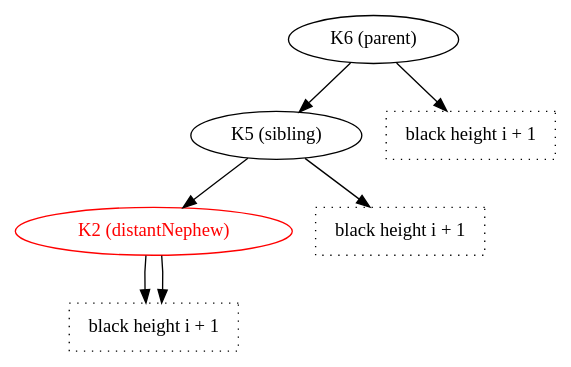
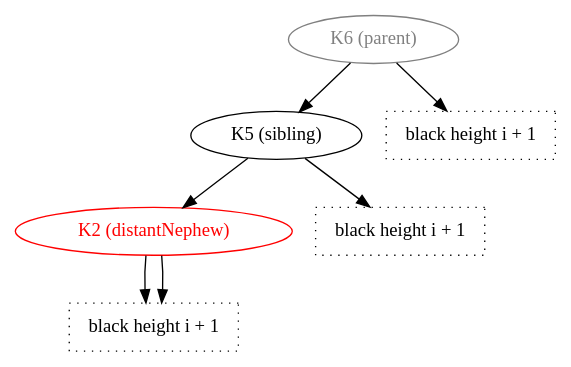
Before and after one commit to nasa/fprime: the diagram in Fw/DataStructures/docs/diagrams/removeBlackLeafNode/red-close-nephew-2.dot, drawn with Graphviz. The commit also changed 5 other files, not shown here.

```diff
--- a/Fw/DataStructures/docs/diagrams/removeBlackLeafNode/red-close-nephew-2.dot
+++ b/Fw/DataStructures/docs/diagrams/removeBlackLeafNode/red-close-nephew-2.dot
@@ -1,20 +1,20 @@
 digraph {
 
   K6 -> K5
   K6 -> BH1
 
   K5 -> K2
   K5 -> BH2
 
   K2 -> BH3
   K2 -> BH3
 
   K2 [label="K2 (distantNephew)",color="red",fontcolor="red"]
   K5 [label="K5 (sibling)"]
-  K6 [label="K6 (parent)"]
+  K6 [label="K6 (parent)",color="gray",fontcolor="gray"]
 
   BH1 [shape="box",label="black height i + 1",style="dotted",fontname="Italic"]
   BH2 [shape="box",label="black height i + 1",style="dotted",fontname="Italic"]
   BH3 [shape="box",label="black height i + 1",style="dotted",fontname="Italic"]
 
 }
```
